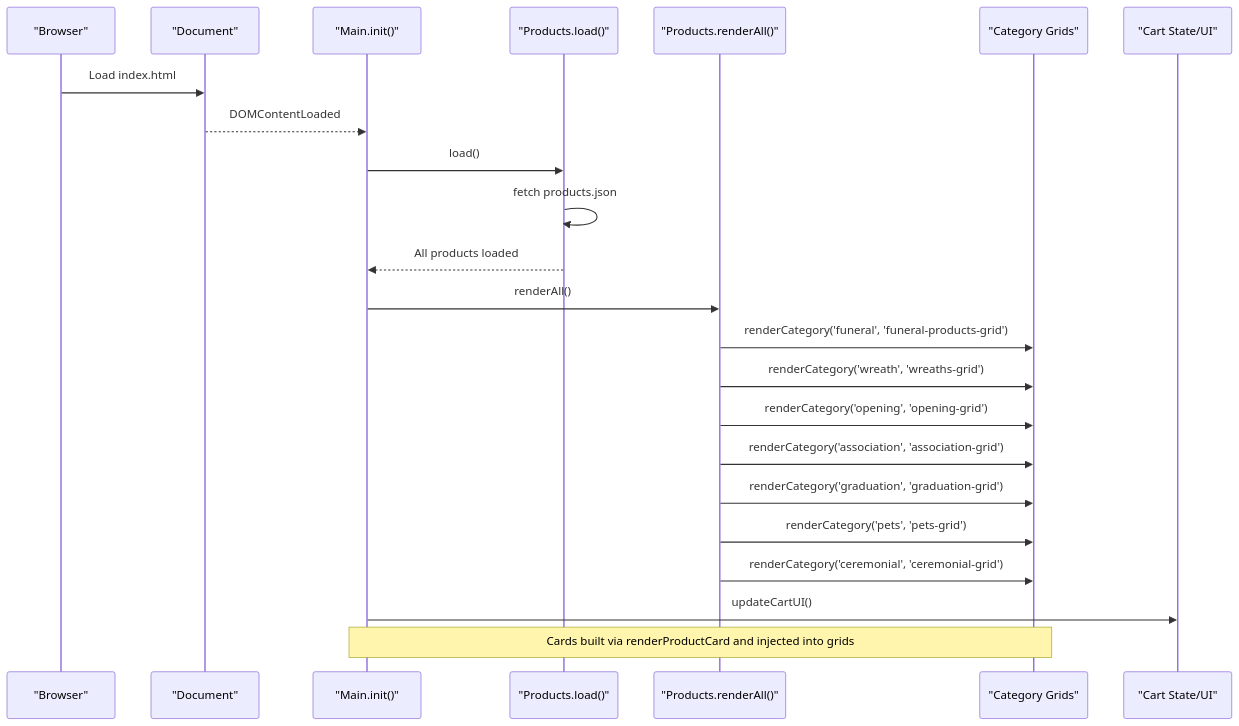
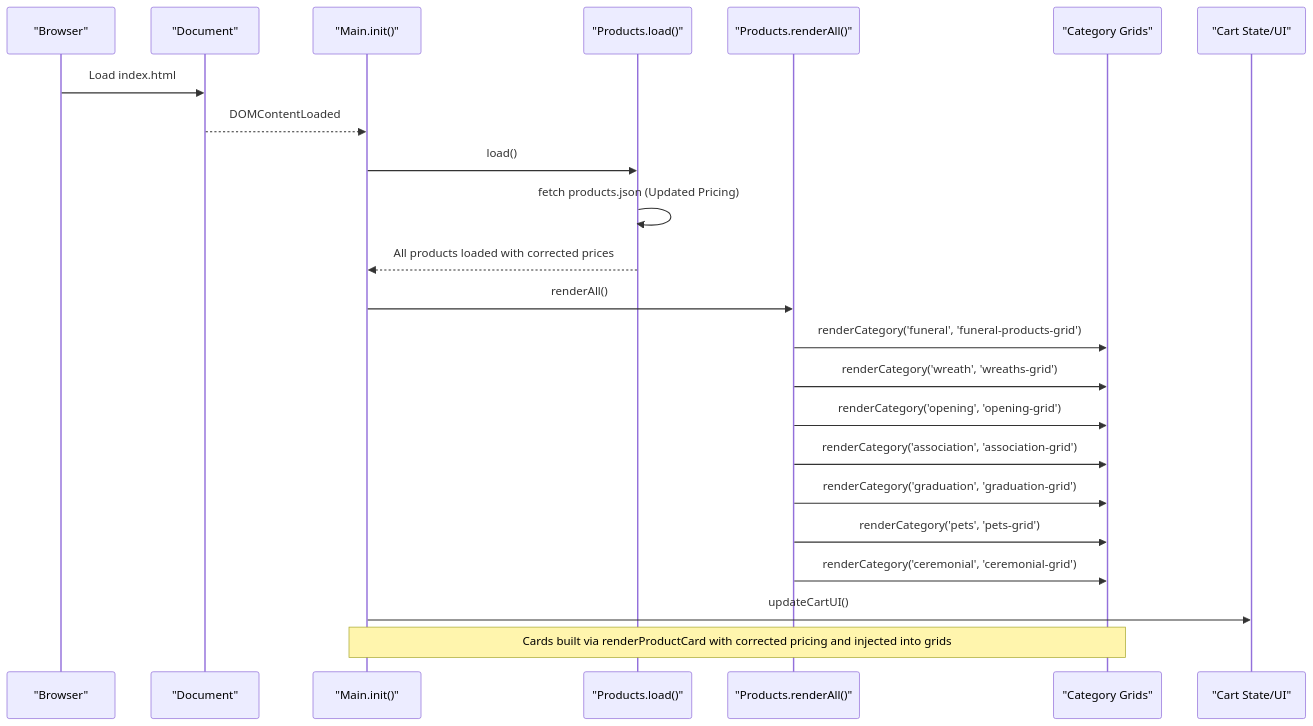
One commit to queenflowerhk/queenflowerhk.github.io changed the second of 6 diagrams in .qoder/repowiki/en/content/Product Management System/Dynamic Product Rendering.md. Above: the diagram before and after it, drawn with Mermaid. The commit also changed other lines of this file and 57 other files, not shown here.

````diff
--- a/.qoder/repowiki/en/content/Product Management System/Dynamic Product Rendering.md
+++ b/.qoder/repowiki/en/content/Product Management System/Dynamic Product Rendering.md
@@ -97,25 +98,25 @@
 ```mermaid
 sequenceDiagram
 participant Browser as "Browser"
 participant DOM as "Document"
 participant Main as "Main.init()"
 participant Products as "Products.load()"
 participant Render as "Products.renderAll()"
 participant Grid as "Category Grids"
 participant Cart as "Cart State/UI"
 Browser->>DOM : Load index.html
 DOM-->>Main : DOMContentLoaded
 Main->>Products : load()
-Products->>Products : fetch products.json
-Products-->>Main : All products loaded
+Products->>Products : fetch products.json (Updated Pricing)
+Products-->>Main : All products loaded with corrected prices
 Main->>Render : renderAll()
 Render->>Grid : renderCategory('funeral', 'funeral-products-grid')
 Render->>Grid : renderCategory('wreath', 'wreaths-grid')
 Render->>Grid : renderCategory('opening', 'opening-grid')
 Render->>Grid : renderCategory('association', 'association-grid')
 Render->>Grid : renderCategory('graduation', 'graduation-grid')
 Render->>Grid : renderCategory('pets', 'pets-grid')
 Render->>Grid : renderCategory('ceremonial', 'ceremonial-grid')
 Main->>Cart : updateCartUI()
-Note over Main,Grid : Cards built via renderProductCard and injected into grids
+Note over Main,Grid : Cards built via renderProductCard with corrected pricing and injected into grids
 ```
````
